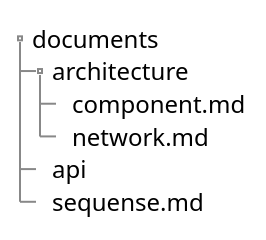
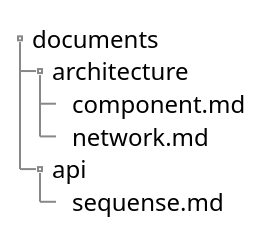
Before and after one commit to higher68/notify-weather-api: the diagram in documents/README.md, drawn with PlantUML.

Commit message:
refs5 指摘修正1

````diff
--- a/documents/README.md
+++ b/documents/README.md
@@ -9,14 +9,14 @@
 ```plantuml
 @startsalt
 {
 {T
 documents
 +architecture
 ++component.md
 ++network.md
 +api
-+sequense.md
+++sequense.md
 }
 }
 @endsalt
 ```
````
